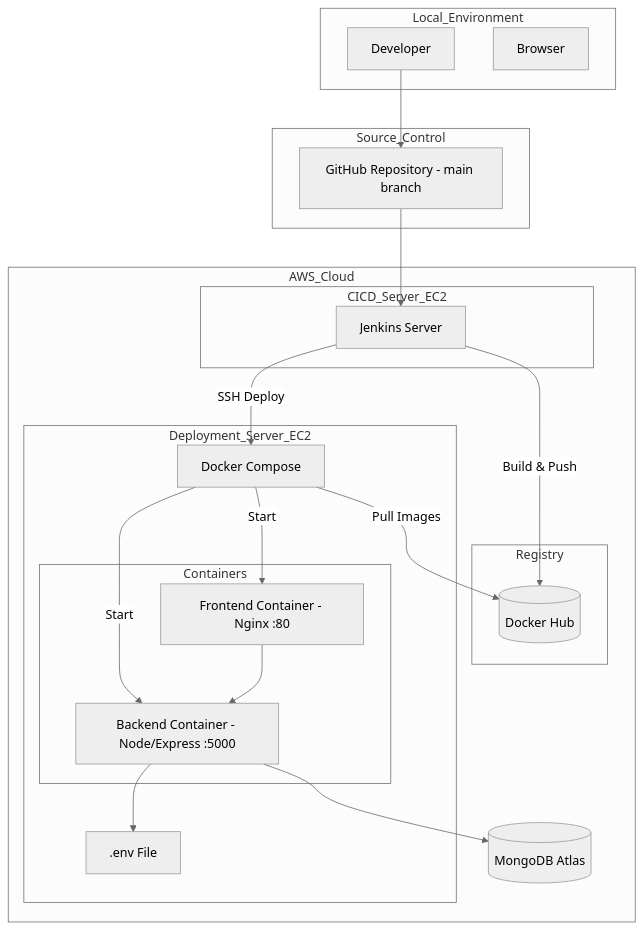
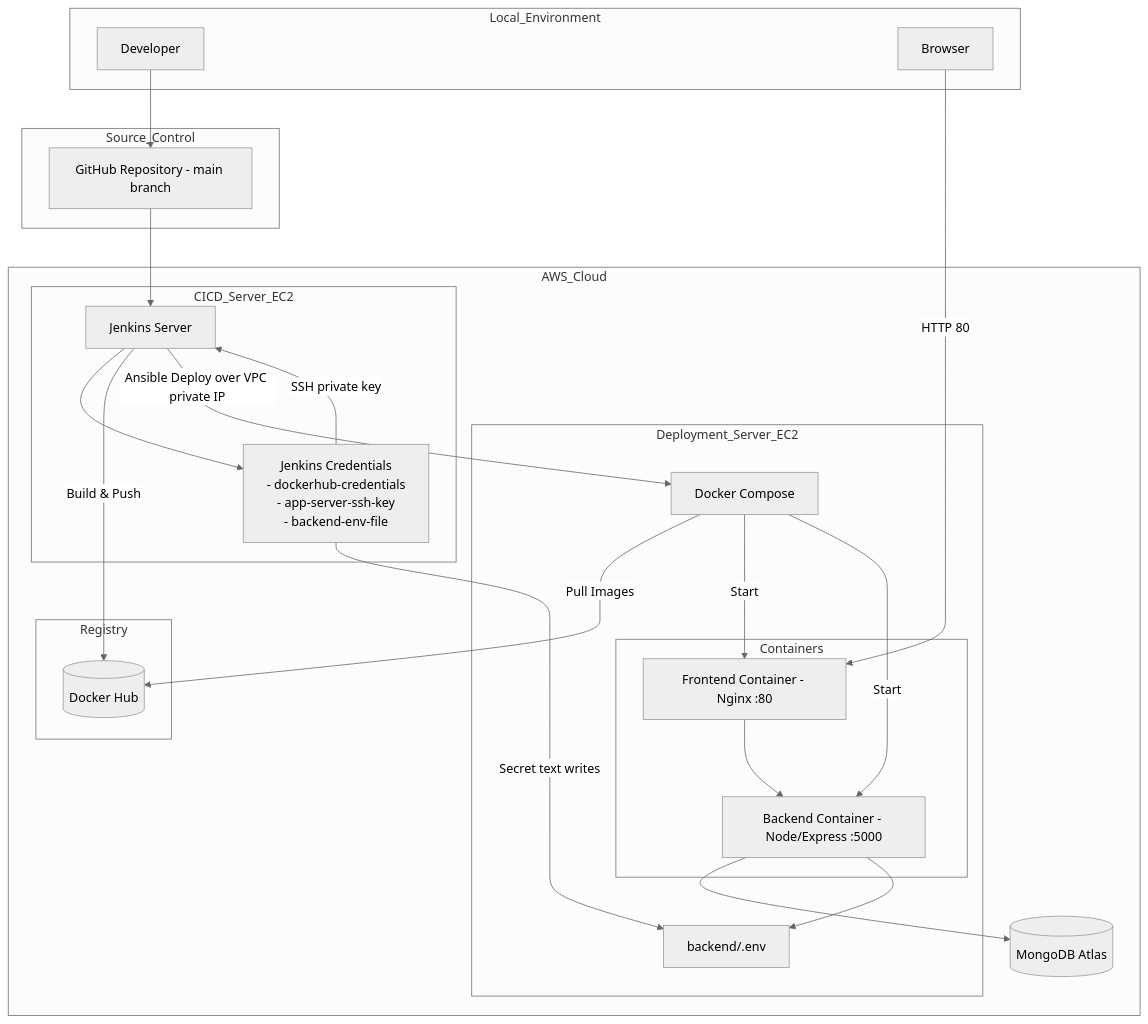
One commit to SahanjithD/Draftly changed the diagram in README.md. Above: the diagram before and after it, drawn with Mermaid (neutral theme). The commit also changed other lines of this file and 4 other files, not shown here.

````diff
--- a/README.md
+++ b/README.md
@@ -133,49 +133,54 @@
 ```mermaid
 graph TD
     subgraph Local_Environment
         Dev[Developer]
         LocalBrowser[Browser]
     end
 
     subgraph Source_Control
         GitHub["GitHub Repository - main branch"]
     end
 
     subgraph AWS_Cloud
 
         subgraph CICD_Server_EC2
             Jenkins[Jenkins Server]
+            JCreds[Jenkins Credentials\n- dockerhub-credentials\n- app-server-ssh-key\n- backend-env-file]
         end
 
         subgraph Registry
             DockerHub[(Docker Hub)]
         end
 
         subgraph Deployment_Server_EC2
             DockerCompose[Docker Compose]
 
             subgraph Containers
                 Frontend["Frontend Container - Nginx :80"]
                 Backend["Backend Container - Node/Express :5000"]
             end
 
-            EnvFile[".env File"]
+            BackendEnv["backend/.env"]
         end
 
         Database[(MongoDB Atlas)]
     end
 
     Dev --> GitHub
     GitHub --> Jenkins
+    Jenkins --> JCreds
 
     Jenkins -- Build & Push --> DockerHub
-    Jenkins -- SSH Deploy --> DockerCompose
+    Jenkins -- Ansible Deploy over VPC private IP --> DockerCompose
+    JCreds -- SSH private key --> Jenkins
+    JCreds -- Secret text writes --> BackendEnv
 
     DockerCompose -- Pull Images --> DockerHub
     DockerCompose -- Start --> Frontend
     DockerCompose -- Start --> Backend
 
+    LocalBrowser -- HTTP 80 --> Frontend
     Frontend --> Backend
     Backend --> Database
-    Backend --> EnvFile
+    Backend --> BackendEnv
 ```
````
